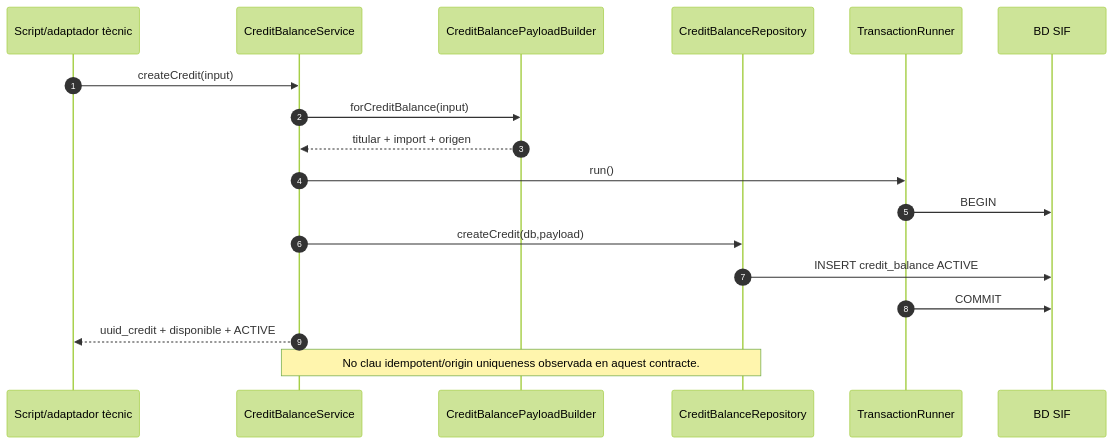
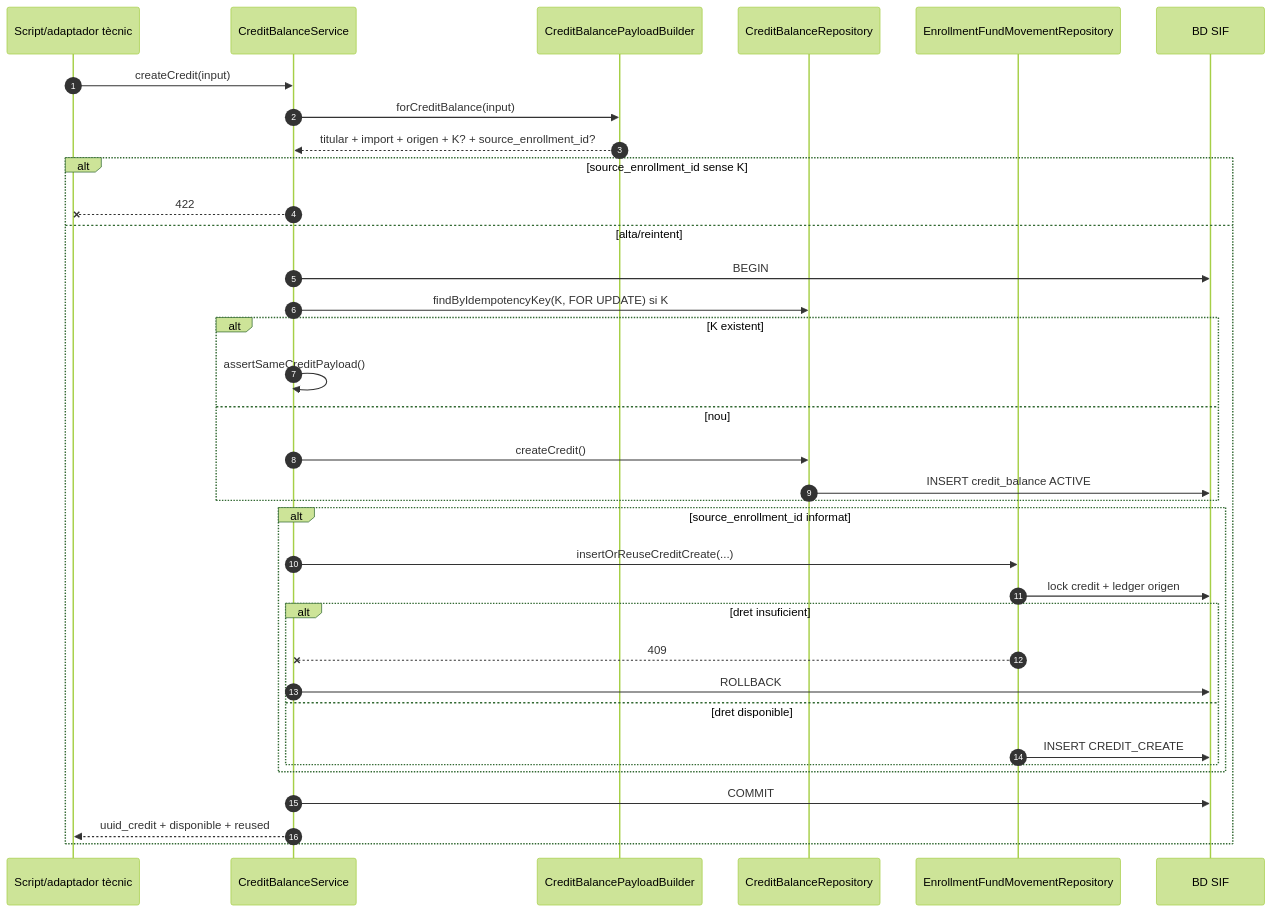
The sixth of 15 diagrams in documentacio/07-uml-integrat/uc-006-sequencies-actual-final.md (orgmeriemprismacat-del/verifactu), drawn with Mermaid (forest theme) before and after one commit. The commit also changed other lines of this file, not shown here.

Commit message:
docs(UC-006): actualitzar sequencies ACTUAL al wiring de ledger

````diff
--- a/documentacio/07-uml-integrat/uc-006-sequencies-actual-final.md
+++ b/documentacio/07-uml-integrat/uc-006-sequencies-actual-final.md
@@ -160,21 +166,38 @@
 ```mermaid
 sequenceDiagram
 autonumber
 participant Caller as Script/adaptador tècnic
 participant CS as CreditBalanceService
 participant B as CreditBalancePayloadBuilder
 participant CR as CreditBalanceRepository
-participant TR as TransactionRunner
+participant F as EnrollmentFundMovementRepository
 participant DB as BD SIF
 
 Caller->>CS: createCredit(input)
 CS->>B: forCreditBalance(input)
-B-->>CS: titular + import + origen
-CS->>TR: run()
-TR->>DB: BEGIN
-CS->>CR: createCredit(db,payload)
-CR->>DB: INSERT credit_balance ACTIVE
-TR->>DB: COMMIT
-CS-->>Caller: uuid_credit + disponible + ACTIVE
-Note over CS,CR: No clau idempotent/origin uniqueness observada en aquest contracte.
+B-->>CS: titular + import + origen + K? + source_enrollment_id?
+alt source_enrollment_id sense K
+  CS--xCaller: 422
+else alta/reintent
+  CS->>DB: BEGIN
+  CS->>CR: findByIdempotencyKey(K, FOR UPDATE) si K
+  alt K existent
+    CS->>CS: assertSameCreditPayload()
+  else nou
+    CS->>CR: createCredit()
+    CR->>DB: INSERT credit_balance ACTIVE
+  end
+  alt source_enrollment_id informat
+    CS->>F: insertOrReuseCreditCreate(...)
+    F->>DB: lock credit + ledger origen
+    alt dret insuficient
+      F--xCS: 409
+      CS->>DB: ROLLBACK
+    else dret disponible
+      F->>DB: INSERT CREDIT_CREATE
+    end
+  end
+  CS->>DB: COMMIT
+  CS-->>Caller: uuid_credit + disponible + reused
+end
 ```
````
